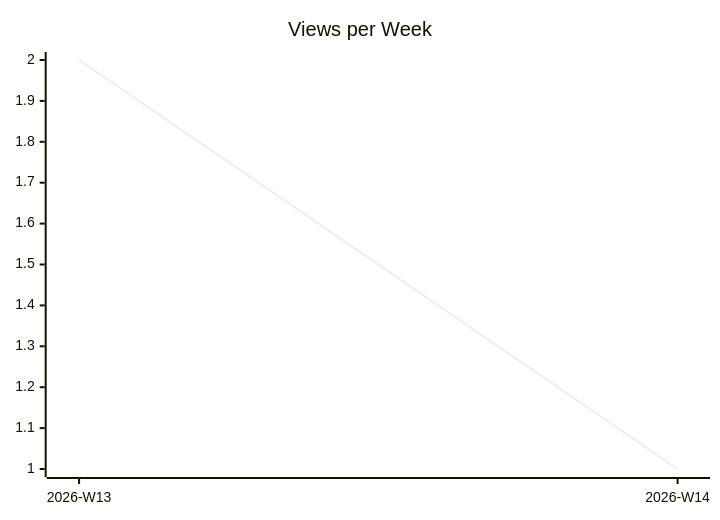
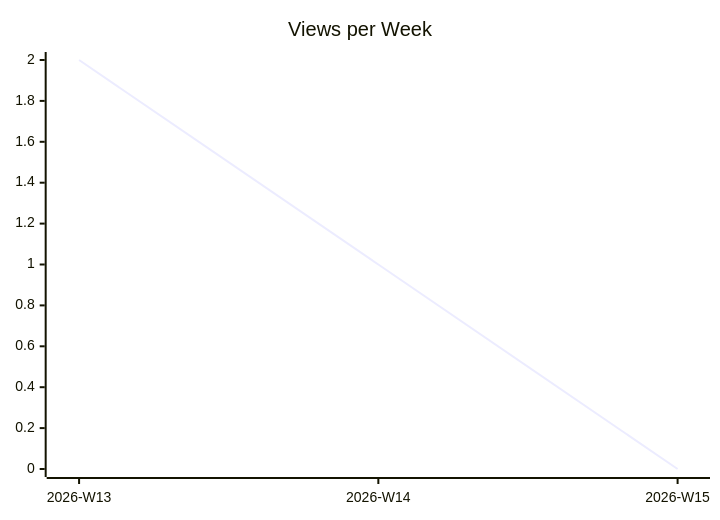
The second of 3 diagrams in karlmdavis/ansible-role-bind-dns/README.md (justdavis-family/github-analytics-data), drawn with Mermaid before and after one commit. The commit also changed other lines of this file and 190 other files, not shown here.

````diff
--- a/karlmdavis/ansible-role-bind-dns/README.md
+++ b/karlmdavis/ansible-role-bind-dns/README.md
@@ -12,6 +12,6 @@
 ```mermaid
 xychart-beta
   title "Views per Week"
-  x-axis ["2026-W13", "2026-W14"]
-  line [2, 1]
+  x-axis ["2026-W13", "2026-W14", "2026-W15"]
+  line [2, 1, 0]
 ```
````
